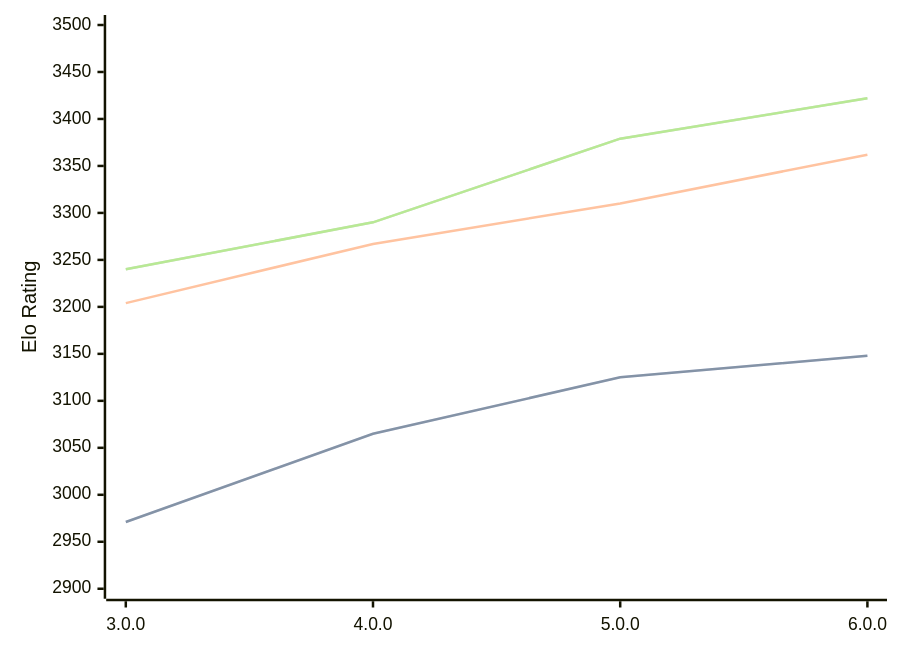
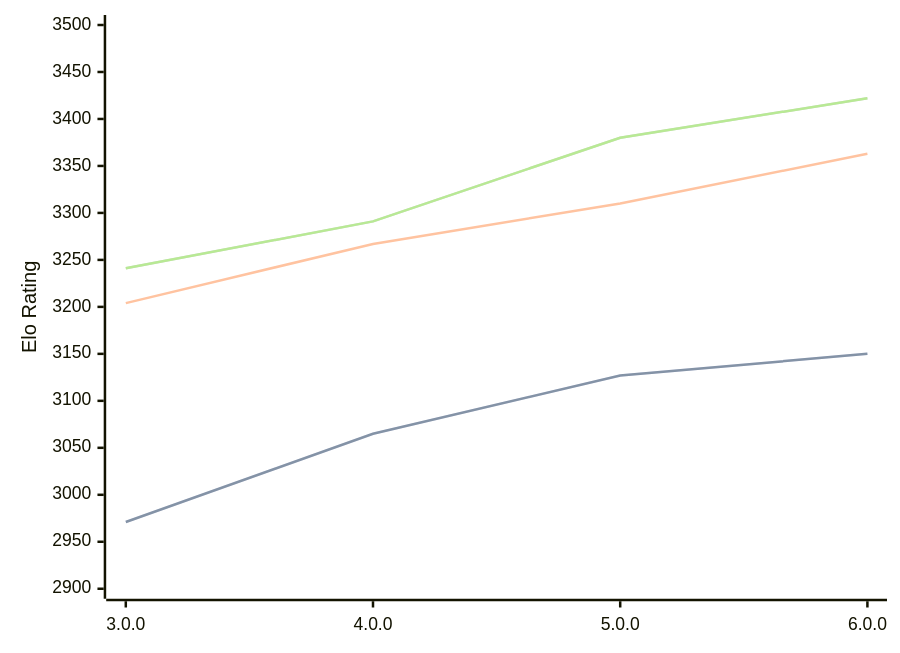
The diagram in engines/Minke.md (computer-chess-index/cci), drawn with Mermaid before and after one commit. The commit also changed other lines of this file, not shown here.

Commit message:
Update CCI Ratings (ELO VLTC) - 2026-08-19

````diff
--- a/engines/Minke.md
+++ b/engines/Minke.md
@@ -34,11 +34,11 @@
 ```mermaid
 %%{init: {"theme":"base","themeVariables":{"seriesColors:['#a3a3a3','#222221','#faa371']}}}%%
 xychart-beta
   x-axis ["3.0.0", "4.0.0", "5.0.0", "6.0.0"]
   y-axis "Elo Rating" 2900 --> 3500
-  line "STC (8.0+0.08s)" [2971, 3065, 3125, 3148]
-  line "STC (8.0+0.08s)" [2971, 3065, 3125, 3148]
-  line "LTC (60.0+0.60s)" [3204, 3267, 3310, 3362]
-  line "VLTC (2m24s+1.12s)" [3240, 3290, 3379, 3422]
-  line "VLTC (2m24s+1.12s)" [3240, 3290, 3379, 3422]
+  line "STC (8.0+0.08s)" [2971, 3065, 3127, 3150]
+  line "STC (8.0+0.08s)" [2971, 3065, 3127, 3150]
+  line "LTC (60.0+0.60s)" [3204, 3267, 3310, 3363]
+  line "VLTC (2m24s+1.12s)" [3241, 3291, 3380, 3422]
+  line "VLTC (2m24s+1.12s)" [3241, 3291, 3380, 3422]
 ```
````
